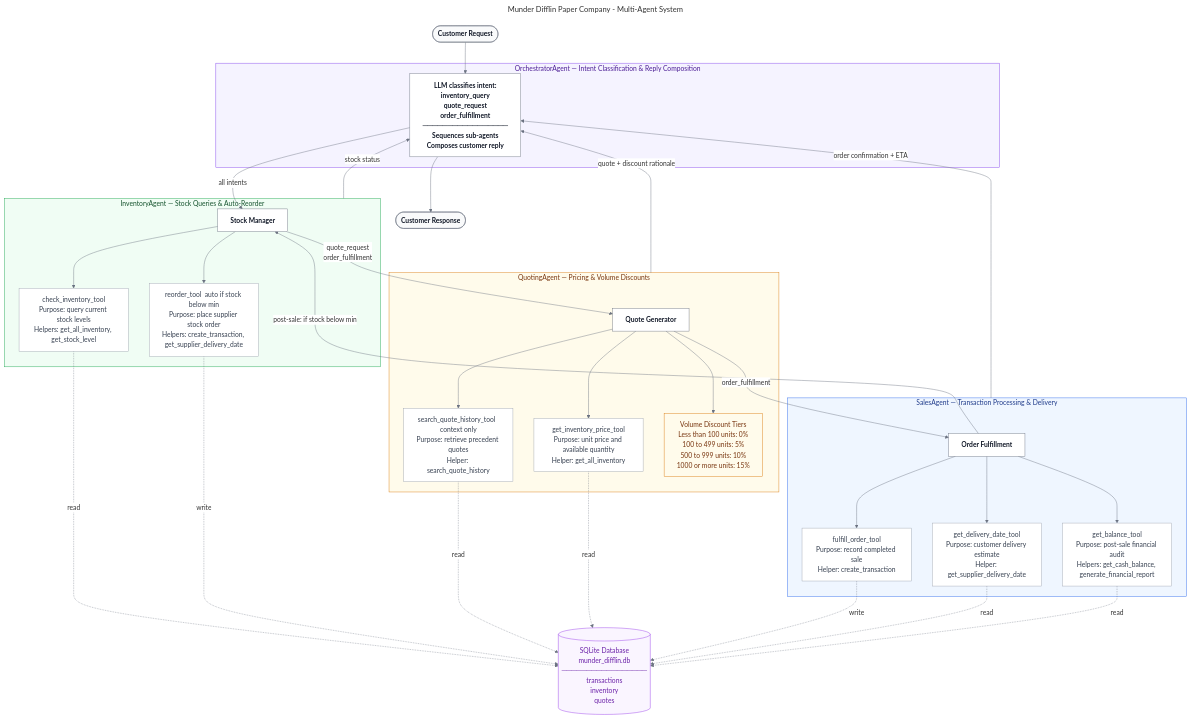
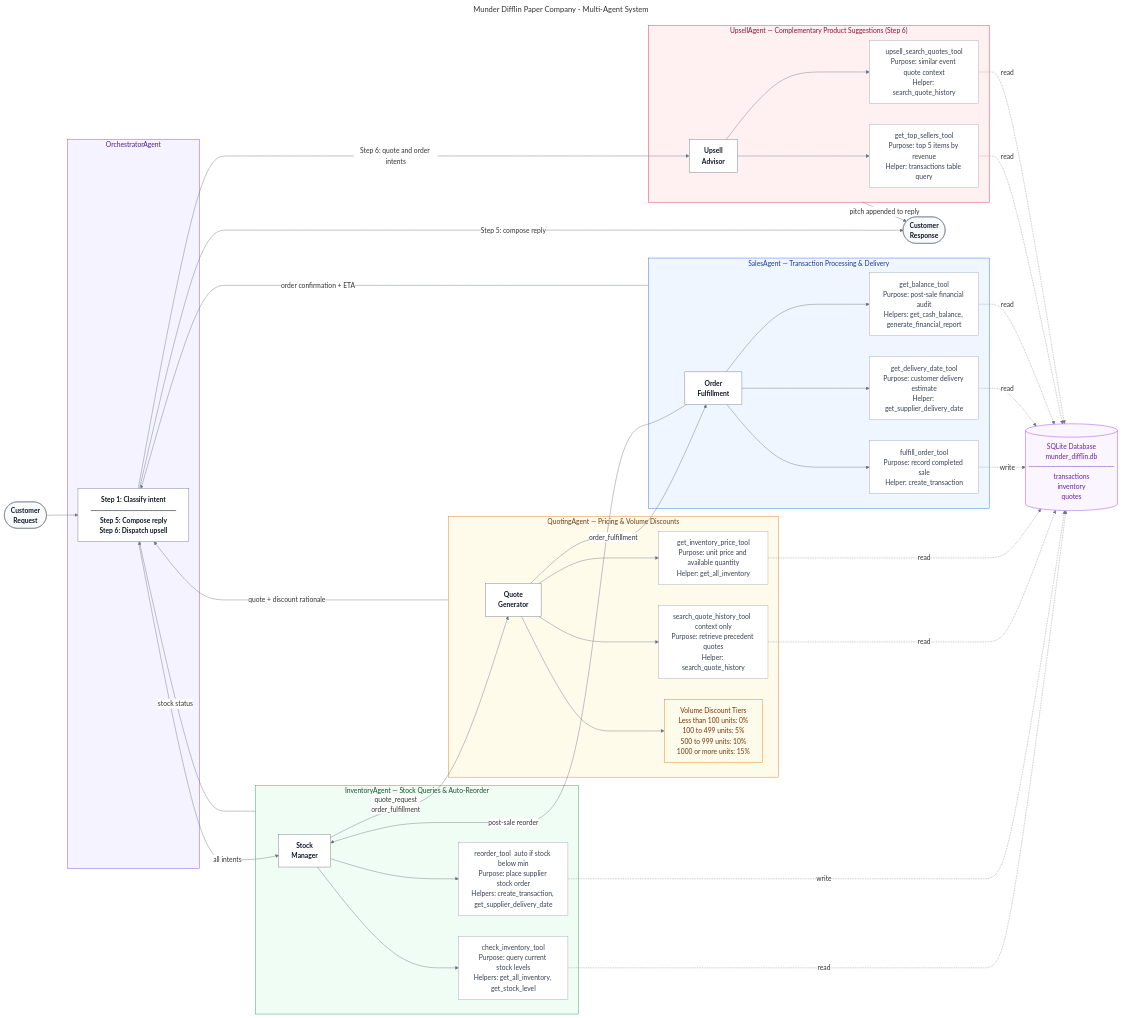
One commit to bbrockhoeft-acn/fde-core-multi-agent-systems changed the diagram in project/diagram.mmd. Above: the diagram before and after it, drawn with Mermaid. The commit also changed 4 other files, not shown here.

Commit message:
Refactor quote and order fulfillment responses in test_results.csv to leverage new upsell agent. Updated report and diagram to reflect new agent addition.

```diff
--- a/project/diagram.mmd
+++ b/project/diagram.mmd
@@ -1,94 +1,108 @@
 ---
 title: Munder Difflin Paper Company - Multi-Agent System
 ---
 %%{init: {'theme': 'base', 'themeVariables': {'background': '#ffffff', 'primaryColor': '#ffffff', 'primaryTextColor': '#333333', 'lineColor': '#6b7280'}}}%%
 
-flowchart TD
+flowchart LR
 
     %% ── I/O ──────────────────────────────────────────────────────────────
-    REQ(["Customer Request"])
-    RESP(["Customer Response"])
+    REQ(["Customer<br/>Request"])
+    RESP(["Customer<br/>Response"])
 
     REQ --> ORCH_NODE
 
-    %% ── AGENT 1: Orchestrator ────────────────────────────────────────────
-    subgraph ORCH_SG["OrchestratorAgent — Intent Classification & Reply Composition"]
-        ORCH_NODE["LLM classifies intent:<br/>inventory_query<br/>quote_request<br/>order_fulfillment<br/>─────────────────<br/>Sequences sub-agents<br/>Composes customer reply"]
+    %% ── AGENT 1: Orchestrator (left hub) ─────────────────────────────────
+    subgraph ORCH_SG["OrchestratorAgent"]
+        ORCH_NODE["Step 1: Classify intent<br/>─────────────────<br/>Step 5: Compose reply<br/>Step 6: Dispatch upsell"]
     end
-
-    ORCH_NODE -->|"all intents"| INV_NODE
 
     %% ── AGENT 2: Inventory ───────────────────────────────────────────────
     subgraph INV_SG["InventoryAgent — Stock Queries & Auto-Reorder"]
-        INV_NODE["Stock Manager"]
+        INV_NODE["Stock<br/>Manager"]
         INV_T1["check_inventory_tool<br/>Purpose: query current stock levels<br/>Helpers: get_all_inventory, get_stock_level"]
         INV_T2["reorder_tool  auto if stock below min<br/>Purpose: place supplier stock order<br/>Helpers: create_transaction, get_supplier_delivery_date"]
         INV_NODE --> INV_T1
         INV_NODE --> INV_T2
     end
 
-    INV_NODE -->|"quote_request<br/>order_fulfillment"| QT_NODE
-
     %% ── AGENT 3: Quoting ─────────────────────────────────────────────────
     subgraph QT_SG["QuotingAgent — Pricing & Volume Discounts"]
-        QT_NODE["Quote Generator"]
+        QT_NODE["Quote<br/>Generator"]
         QT_T1["search_quote_history_tool  context only<br/>Purpose: retrieve precedent quotes<br/>Helper: search_quote_history"]
         QT_T2["get_inventory_price_tool<br/>Purpose: unit price and available quantity<br/>Helper: get_all_inventory"]
         QT_DISC["Volume Discount Tiers<br/>Less than 100 units: 0%<br/>100 to 499 units: 5%<br/>500 to 999 units: 10%<br/>1000 or more units: 15%"]
         QT_NODE --> QT_T1
         QT_NODE --> QT_T2
         QT_NODE --> QT_DISC
     end
 
-    QT_NODE -->|"order_fulfillment"| SALE_NODE
-
     %% ── AGENT 4: Sales ───────────────────────────────────────────────────
     subgraph SALE_SG["SalesAgent — Transaction Processing & Delivery"]
-        SALE_NODE["Order Fulfillment"]
+        SALE_NODE["Order<br/>Fulfillment"]
         SALE_T1["fulfill_order_tool<br/>Purpose: record completed sale<br/>Helper: create_transaction"]
         SALE_T2["get_delivery_date_tool<br/>Purpose: customer delivery estimate<br/>Helper: get_supplier_delivery_date"]
         SALE_T3["get_balance_tool<br/>Purpose: post-sale financial audit<br/>Helpers: get_cash_balance, generate_financial_report"]
         SALE_NODE --> SALE_T1
         SALE_NODE --> SALE_T2
         SALE_NODE --> SALE_T3
     end
 
-    %% ── Return paths to Orchestrator ─────────────────────────────────────
+    %% ── AGENT 5: Upsell ─────────────────────────────────────────────────
+    subgraph UP_SG["UpsellAgent — Complementary Product Suggestions (Step 6)"]
+        UP_NODE["Upsell<br/>Advisor"]
+        UP_T1["get_top_sellers_tool<br/>Purpose: top 5 items by revenue<br/>Helper: transactions table query"]
+        UP_T2["upsell_search_quotes_tool<br/>Purpose: similar event quote context<br/>Helper: search_quote_history"]
+        UP_NODE --> UP_T1
+        UP_NODE --> UP_T2
+    end
+
+    %% ── Forward pipeline (left to right) ────────────────────────────────
+    ORCH_NODE -->|"all intents"| INV_NODE
+    INV_NODE  -->|"quote_request<br/>order_fulfillment"| QT_NODE
+    QT_NODE   -->|"order_fulfillment"| SALE_NODE
+
+    %% ── Return paths back to Orchestrator ────────────────────────────────
     INV_SG  -->|"stock status"| ORCH_NODE
     QT_SG   -->|"quote + discount rationale"| ORCH_NODE
     SALE_SG -->|"order confirmation + ETA"| ORCH_NODE
 
     %% ── Auto-reorder loop after sale ─────────────────────────────────────
-    SALE_NODE -->|"post-sale: if stock below min"| INV_NODE
+    SALE_NODE -->|"post-sale reorder"| INV_NODE
 
-    ORCH_NODE --> RESP
+    %% ── Final output paths ───────────────────────────────────────────────
+    ORCH_NODE -->|"Step 5: compose reply"| RESP
+    ORCH_NODE -->|"Step 6: quote and order intents"| UP_NODE
+    UP_SG     -->|"pitch appended to reply"| RESP
 
     %% ── Shared SQLite database ───────────────────────────────────────────
     DB[("SQLite Database<br/>munder_difflin.db<br/>─────────────────<br/>transactions<br/>inventory<br/>quotes")]
 
     INV_T1  -. "read" .-> DB
     INV_T2  -. "write" .-> DB
     QT_T1   -. "read" .-> DB
     QT_T2   -. "read" .-> DB
     SALE_T1 -. "write" .-> DB
     SALE_T2 -. "read" .-> DB
     SALE_T3 -. "read" .-> DB
+    UP_T1   -. "read" .-> DB
+    UP_T2   -. "read" .-> DB
 
     %% ── Subgraph background colors (one per agent) ───────────────────────
     style ORCH_SG fill:#f5f3ff,stroke:#7c3aed,color:#4c1d95
     style INV_SG  fill:#f0fdf4,stroke:#16a34a,color:#14532d
     style QT_SG   fill:#fffbeb,stroke:#d97706,color:#78350f
     style SALE_SG fill:#eff6ff,stroke:#2563eb,color:#1e3a8a
+    style UP_SG   fill:#fff1f2,stroke:#e11d48,color:#881337
 
     %% ── Node styles ──────────────────────────────────────────────────────
     classDef agentNode  fill:#ffffff,stroke:#6b7280,color:#111827,font-weight:bold
     classDef toolNode   fill:#ffffff,stroke:#9ca3af,color:#374151
     classDef ioNode     fill:#f9fafb,stroke:#6b7280,color:#111827,font-weight:bold
     classDef dbNode     fill:#faf5ff,stroke:#9333ea,color:#6b21a8
     classDef discNode   fill:#fffbeb,stroke:#d97706,color:#78350f
 
-    class ORCH_NODE,INV_NODE,QT_NODE,SALE_NODE agentNode
-    class INV_T1,INV_T2,QT_T1,QT_T2,SALE_T1,SALE_T2,SALE_T3 toolNode
+    class ORCH_NODE,INV_NODE,QT_NODE,SALE_NODE,UP_NODE agentNode
+    class INV_T1,INV_T2,QT_T1,QT_T2,SALE_T1,SALE_T2,SALE_T3,UP_T1,UP_T2 toolNode
     class REQ,RESP ioNode
     class DB dbNode
     class QT_DISC discNode
```
